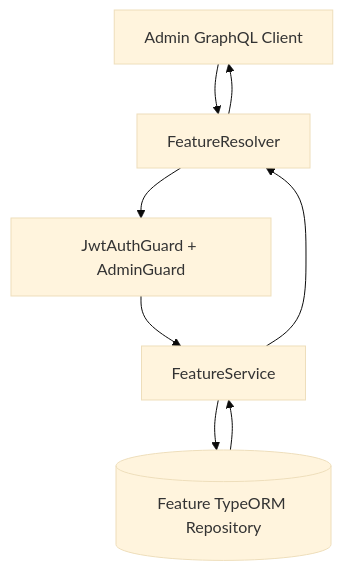
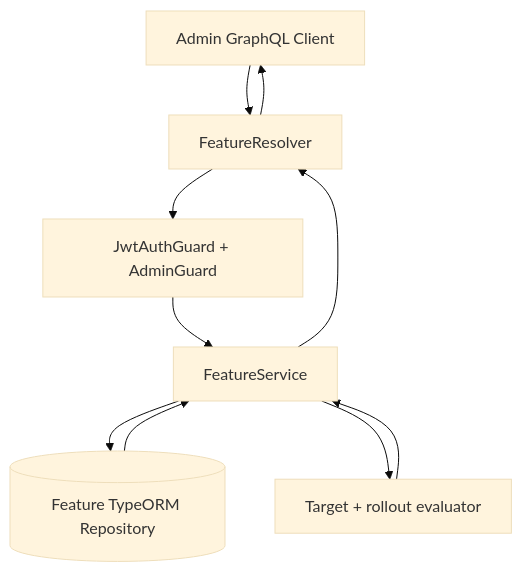
The diagram in apps/backend/src/feature/README.md (AmanVatsSharma/MailZen-Smart-Email-Management), drawn with Mermaid (base theme) before and after one commit. The commit also changed other lines of this file and 12 other files, not shown here.

````diff
--- a/apps/backend/src/feature/README.md
+++ b/apps/backend/src/feature/README.md
@@ -135,10 +162,12 @@
 ```mermaid
 flowchart TD
   AdminUI[Admin GraphQL Client] --> Resolver[FeatureResolver]
   Resolver --> Guard[JwtAuthGuard + AdminGuard]
   Guard --> Service[FeatureService]
   Service --> Repo[(Feature TypeORM Repository)]
+  Service --> Evaluator[Target + rollout evaluator]
   Repo --> Service
+  Evaluator --> Service
   Service --> Resolver
   Resolver --> AdminUI
 ```
````
